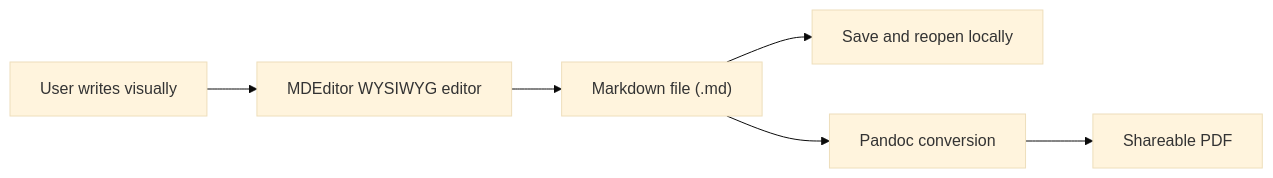
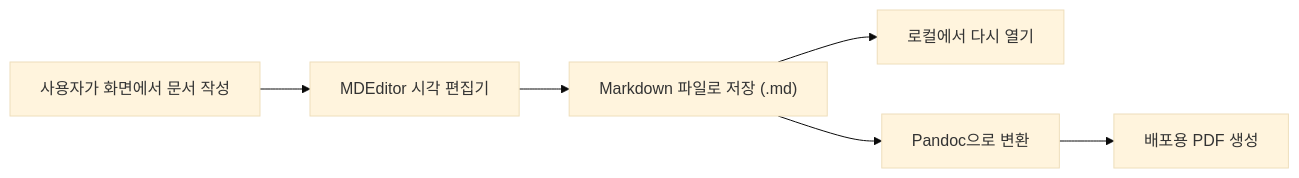
Before and after one commit to sinmb79/MD-Editer: the first of 3 diagrams in README.md, drawn with Mermaid (base theme). The commit also changed other lines of this file and 1 other file, not shown here.

````diff
--- a/README.md
+++ b/README.md
@@ -37,8 +35,8 @@
 ```mermaid
 flowchart LR
-    A["User writes visually"] --> B["MDEditor WYSIWYG editor"]
-    B --> C["Markdown file (.md)"]
-    C --> D["Save and reopen locally"]
-    C --> E["Pandoc conversion"]
-    E --> F["Shareable PDF"]
+    A["사용자가 화면에서 문서 작성"] --> B["MDEditor 시각 편집기"]
+    B --> C["Markdown 파일로 저장 (.md)"]
+    C --> D["로컬에서 다시 열기"]
+    C --> E["Pandoc으로 변환"]
+    E --> F["배포용 PDF 생성"]
 ```
````
